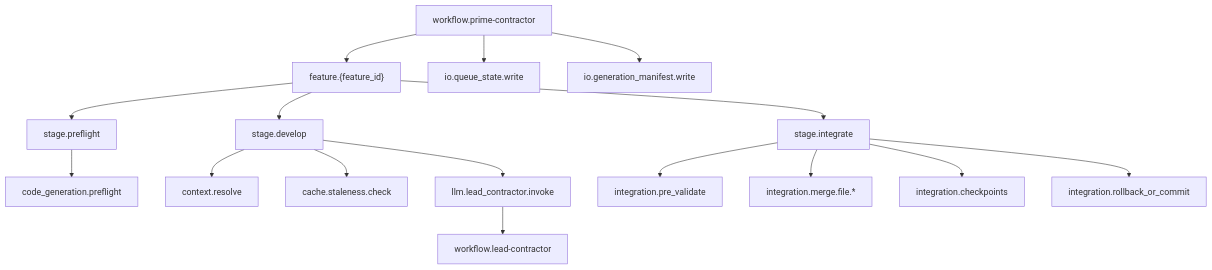
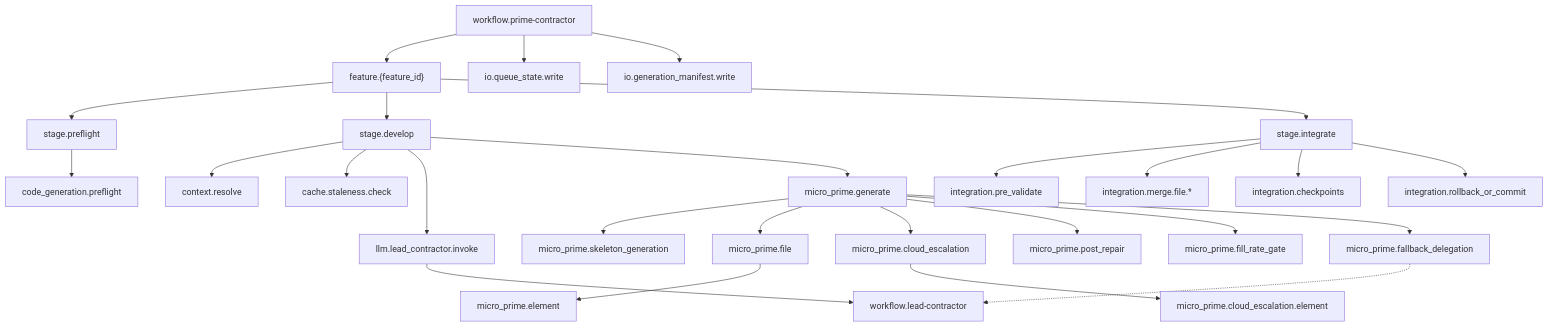
Before and after one commit to neil-the-nowledgeable/startd8-sdk: the first of 2 diagrams in docs/design/prime/PRIME_OTEL_FULL_DEPTH_TRACING_REQUIREMENTS.md, drawn with Mermaid. The commit also changed other lines of this file and 10 other files, not shown here.

Commit message:
Update prime/kaizen requirements and add micro-prime retry plumbing

````diff
--- a/docs/design/prime/PRIME_OTEL_FULL_DEPTH_TRACING_REQUIREMENTS.md
+++ b/docs/design/prime/PRIME_OTEL_FULL_DEPTH_TRACING_REQUIREMENTS.md
@@ -545,18 +728,33 @@
 ```mermaid
 flowchart TD
     A["workflow.prime-contractor"] --> B["feature.{feature_id}"]
     B --> B1["stage.preflight"]
     B1 --> B1a["code_generation.preflight"]
     B --> B2["stage.develop"]
     B2 --> B2a["context.resolve"]
     B2 --> B2b["cache.staleness.check"]
+
+    %% Lead Contractor path (default)
     B2 --> B2c["llm.lead_contractor.invoke"]
     B2c --> B2d["workflow.lead-contractor"]
+
+    %% Micro Prime path (when enabled)
+    B2 --> MP["micro_prime.generate"]
+    MP --> MP_SK["micro_prime.skeleton_generation"]
+    MP --> MP_F["micro_prime.file"]
+    MP_F --> MP_E["micro_prime.element"]
+    MP --> MP_CE["micro_prime.cloud_escalation"]
+    MP_CE --> MP_CEE["micro_prime.cloud_escalation.element"]
+    MP --> MP_PR["micro_prime.post_repair"]
+    MP --> MP_FR["micro_prime.fill_rate_gate"]
+    MP --> MP_FB["micro_prime.fallback_delegation"]
+    MP_FB -.-> B2d
+
     B --> B3["stage.integrate"]
     B3 --> B3a["integration.pre_validate"]
     B3 --> B3b["integration.merge.file.*"]
     B3 --> B3c["integration.checkpoints"]
     B3 --> B3d["integration.rollback_or_commit"]
     A --> C["io.queue_state.write"]
     A --> D["io.generation_manifest.write"]
 ```
````
